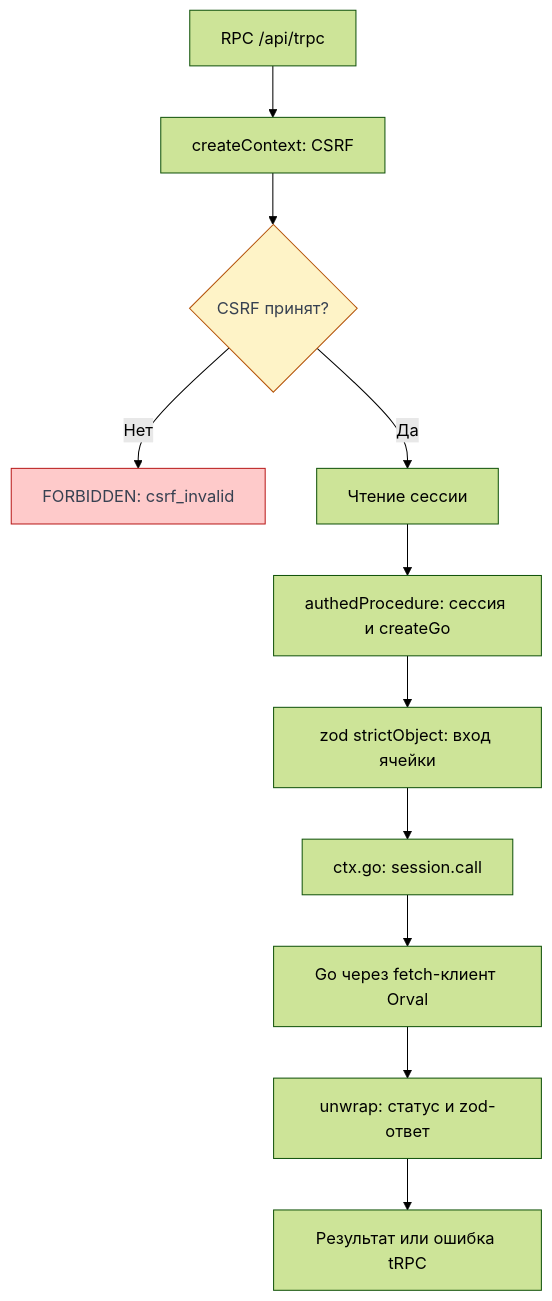
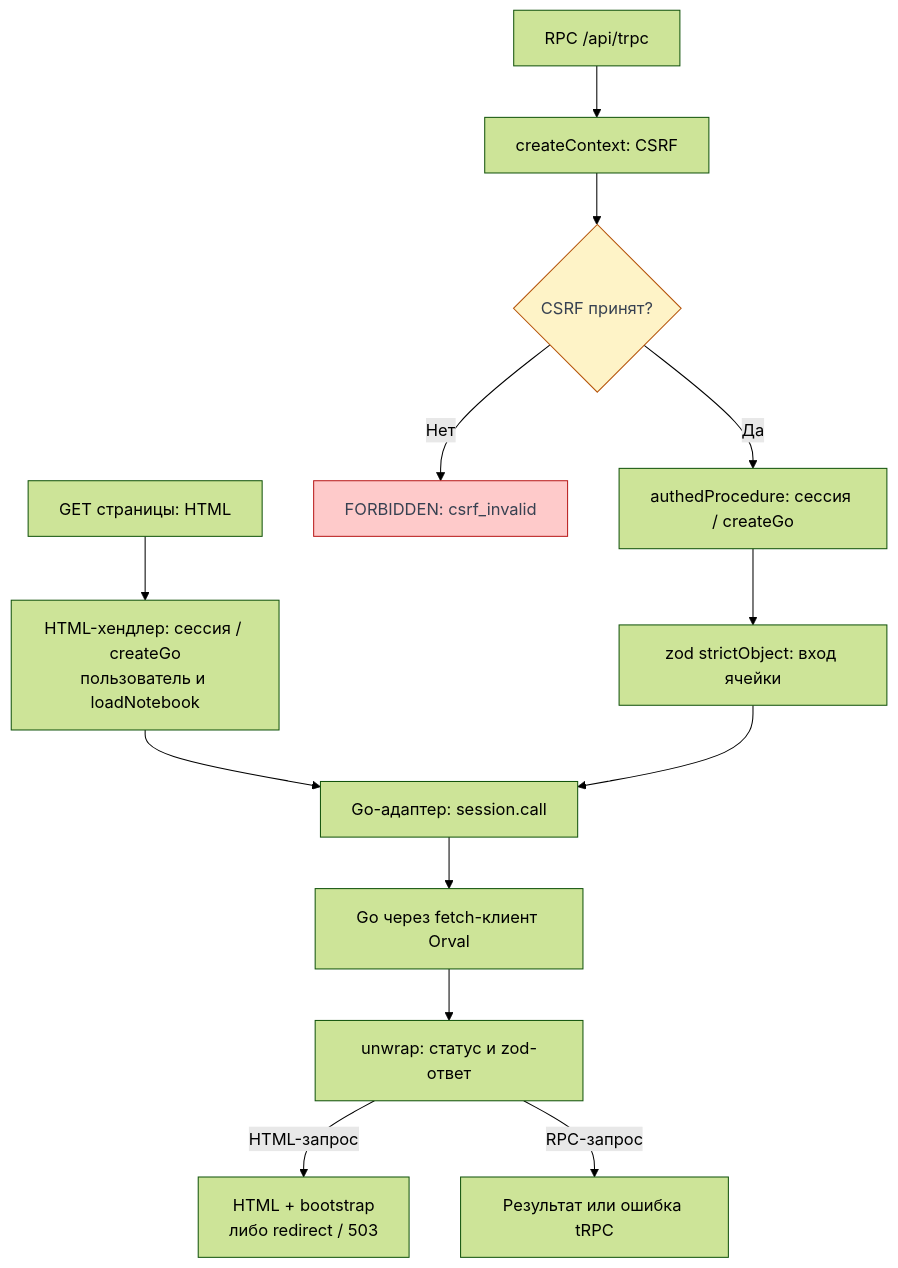
One commit to Cringe-Driven-Development-Team/docs changed the diagram in site/documentation/frontend/bff.md. Above: the diagram before and after it, drawn with Mermaid (forest theme). The commit also changed other lines of this file and 6 other files, not shown here.

Commit message:
docs(frontend): дополнены связи пяти учебных схем

````diff
--- a/site/documentation/frontend/bff.md
+++ b/site/documentation/frontend/bff.md
@@ -49,18 +49,20 @@
 ```mermaid
-%% Flowchart: gates before Go and response validation before returning to the browser.
+%% Flowchart: HTML и RPC имеют отдельные входы; общий Go-слой возвращает результат своему обработчику.
 flowchart TD
+    html["GET страницы: HTML"] --> handler["HTML-хендлер: сессия / createGo<br/>пользователь и loadNotebook"]
     rpc["RPC /api/trpc"] --> context["createContext: CSRF"]
     context --> csrf{"CSRF принят?"}
     csrf -->|Нет| denied["FORBIDDEN: csrf_invalid"]
-    csrf -->|Да| session["Чтение сессии"]
-    session --> auth["authedProcedure: сессия и createGo"]
+    csrf -->|Да| auth["authedProcedure: сессия / createGo"]
     auth --> input["zod strictObject: вход ячейки"]
-    input --> adapter["ctx.go: session.call"]
+    handler --> adapter["Go-адаптер: session.call"]
+    input --> adapter
     adapter --> go["Go через fetch-клиент Orval"]
     go --> unwrap["unwrap: статус и zod-ответ"]
-    unwrap --> result["Результат или ошибка tRPC"]
+    unwrap -->|"HTML-запрос"| bootstrap["HTML + bootstrap<br/>либо redirect / 503"]
+    unwrap -->|"RPC-запрос"| result["Результат или ошибка tRPC"]
     classDef error fill:#fecaca,stroke:#b91c1c,color:#374151
     class denied error
     classDef decision fill:#fef3c7,stroke:#b45309,color:#374151
     class csrf decision
 ```
````
